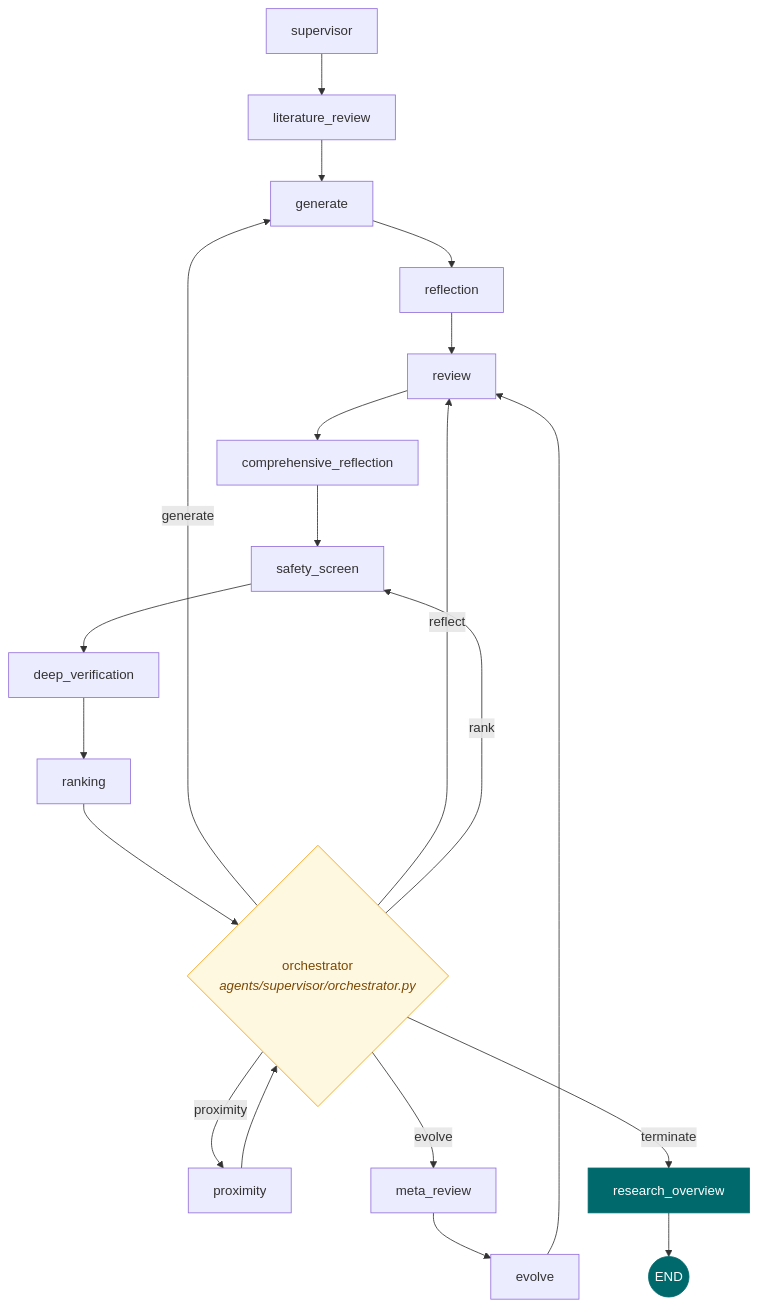
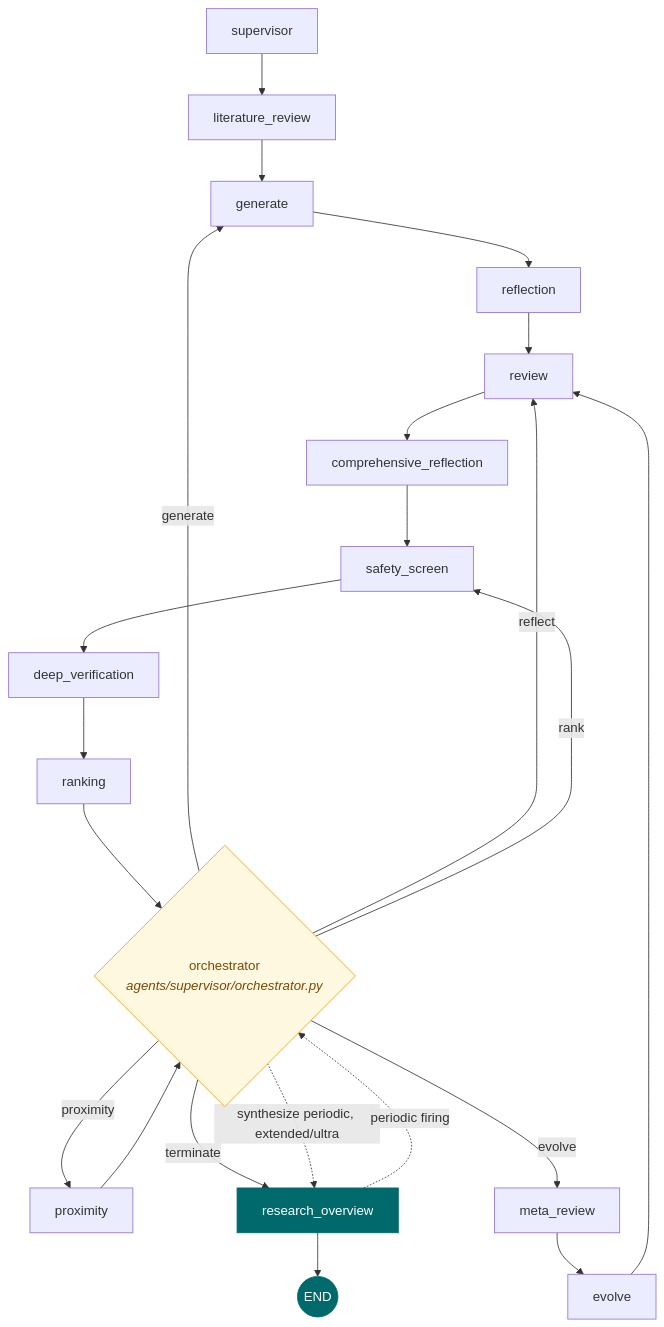
The first of 4 diagrams in docs/EXPLAINER.md (guy915/Co-Scientist), drawn with Mermaid before and after one commit. The commit also changed other lines of this file and 17 other files, not shown here.

````diff
--- a/docs/EXPLAINER.md
+++ b/docs/EXPLAINER.md
@@ -79,24 +79,26 @@
 ```mermaid
 flowchart TD
   SUP["supervisor"] --> LR["literature_review"] --> GEN["generate"] --> REF["reflection"] --> REV["review"]
   REV --> CR["comprehensive_reflection"] --> SS["safety_screen"] --> DV["deep_verification"]
   DV --> RK["ranking"]
   RK --> ORCH{"orchestrator<br/><i>agents/supervisor/orchestrator.py</i>"}
   PROX["proximity"] --> ORCH
 
   ORCH -->|generate| GEN
   ORCH -->|reflect| REV
   ORCH -->|rank| SS
   ORCH -->|evolve| MR["meta_review"]
   ORCH -->|proximity| PROX
   ORCH -->|terminate| RO["research_overview"]
+  ORCH -.->|synthesize periodic, extended/ultra| RO
 
   MR --> EV["evolve"]
   EV --> REV
   RO --> END((END))
+  RO -.->|periodic firing| ORCH
 
   classDef router fill:#FFF8E1,stroke:#F59E0B,color:#7C4700;
   classDef term fill:#00696C,stroke:#00696C,color:#fff;
   class ORCH router;
   class RO,END term;
 ```
````
